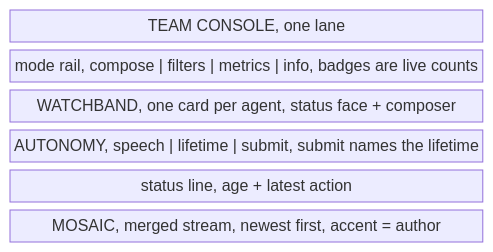
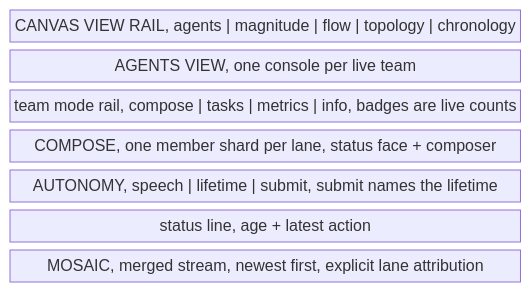
Before and after one commit to infimalabs/spice-rust: diagram 17 of 17 in docs/product/loops.md, drawn with Mermaid. The commit also changed other lines of this file and 71 other files, not shown here.

````diff
--- a/docs/product/loops.md
+++ b/docs/product/loops.md
@@ -393,10 +558,11 @@
 ```mermaid
 block-beta
   columns 1
-  C["TEAM CONSOLE, one lane"]
-  R["mode rail, compose | filters | metrics | info, badges are live counts"]
-  W["WATCHBAND, one card per agent, status face + composer"]
+  G["CANVAS VIEW RAIL, agents | magnitude | flow | topology | chronology"]
+  C["AGENTS VIEW, one console per live team"]
+  R["team mode rail, compose | tasks | metrics | info, badges are live counts"]
+  W["COMPOSE, one member shard per lane, status face + composer"]
   A["AUTONOMY, speech | lifetime | submit, submit names the lifetime"]
   S["status line, age + latest action"]
-  M["MOSAIC, merged stream, newest first, accent = author"]
+  M["MOSAIC, merged stream, newest first, explicit lane attribution"]
 ```
````
